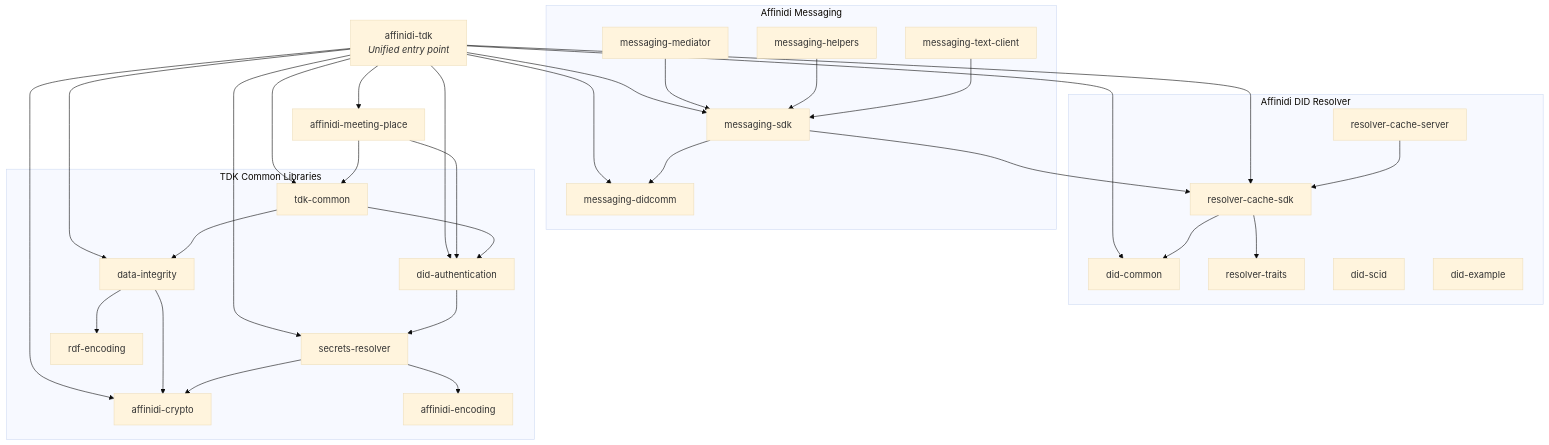
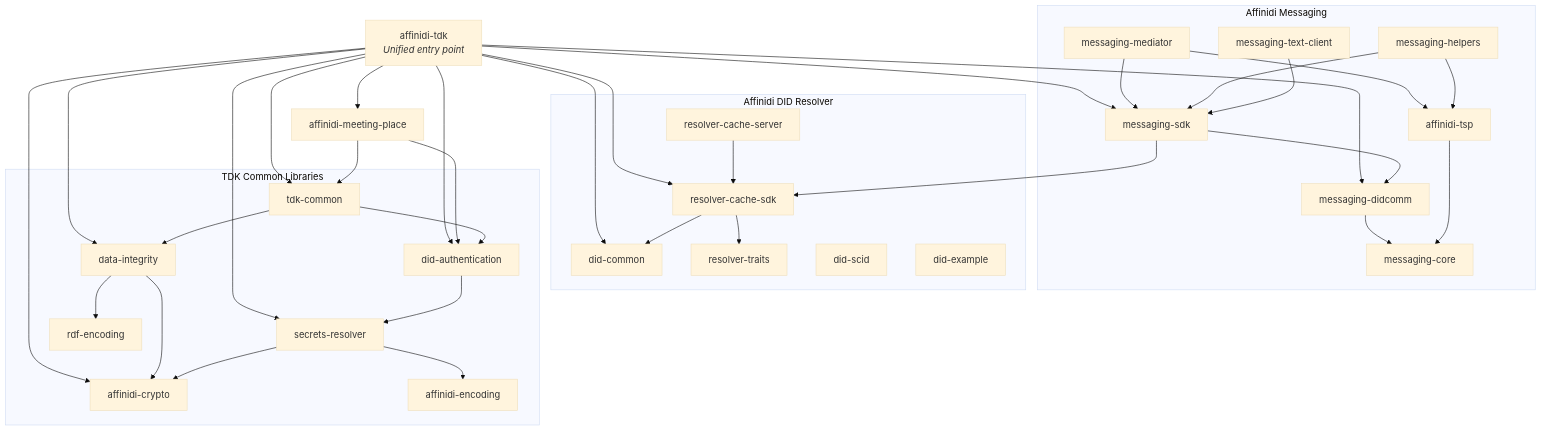
The diagram in README.md (affinidi/affinidi-tdk-rs), drawn with Mermaid (base theme) before and after one commit. The commit also changed other lines of this file and 250 other files, not shown here.

````diff
--- a/README.md
+++ b/README.md
@@ -20,63 +20,69 @@
 ```mermaid
 graph TD
     TDK["affinidi-tdk<br/><i>Unified entry point</i>"]
 
     subgraph Messaging["Affinidi Messaging"]
         SDK["messaging-sdk"]
         DIDCOMM["messaging-didcomm"]
+        CORE["messaging-core"]
+        TSP["affinidi-tsp"]
         MEDIATOR["messaging-mediator"]
         HELPERS["messaging-helpers"]
         TEXTCLIENT["messaging-text-client"]
     end
 
     subgraph Resolver["Affinidi DID Resolver"]
         CACHESDK["resolver-cache-sdk"]
         CACHESERVER["resolver-cache-server"]
         COMMON["did-common"]
         TRAITS["resolver-traits"]
         DIDSCID["did-scid"]
         DIDEXAMPLE["did-example"]
     end
 
     subgraph Common["TDK Common Libraries"]
         CRYPTO["affinidi-crypto"]
         ENCODING["affinidi-encoding"]
         SECRETS["secrets-resolver"]
         AUTH["did-authentication"]
         TDKCOMMON["tdk-common"]
         DI["data-integrity"]
         RDF["rdf-encoding"]
     end
 
     MP["affinidi-meeting-place"]
 
     TDK --> SDK
     TDK --> MP
     TDK --> DI
     TDK --> CACHESDK
     TDK --> DIDCOMM
     TDK --> AUTH
     TDK --> SECRETS
     TDK --> CRYPTO
     TDK --> TDKCOMMON
     TDK --> COMMON
 
     SDK --> DIDCOMM
     SDK --> CACHESDK
+    DIDCOMM --> CORE
+    TSP --> CORE
     MEDIATOR --> SDK
+    MEDIATOR --> TSP
     HELPERS --> SDK
+    HELPERS --> TSP
     TEXTCLIENT --> SDK
     MP --> AUTH
     MP --> TDKCOMMON
 
     CACHESDK --> COMMON
     CACHESDK --> TRAITS
     CACHESERVER --> CACHESDK
     DI --> CRYPTO
     DI --> RDF
     SECRETS --> CRYPTO
     SECRETS --> ENCODING
     AUTH --> SECRETS
     TDKCOMMON --> AUTH
     TDKCOMMON --> DI
 ```
````
